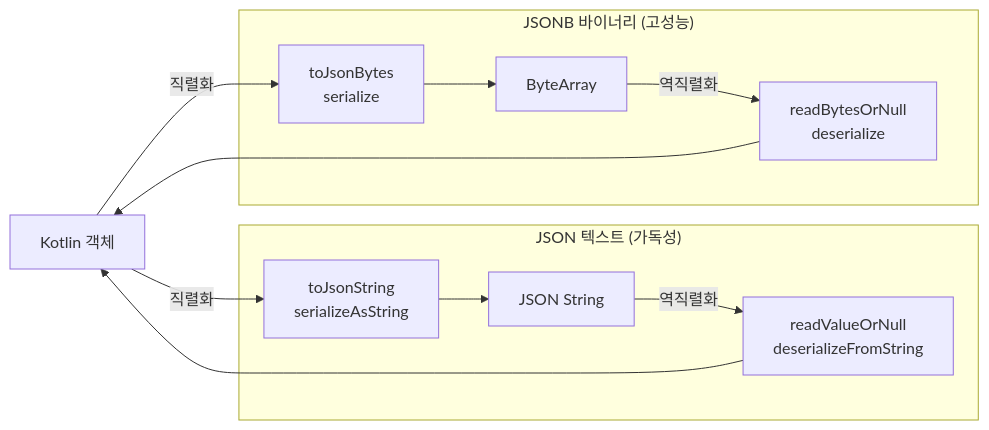
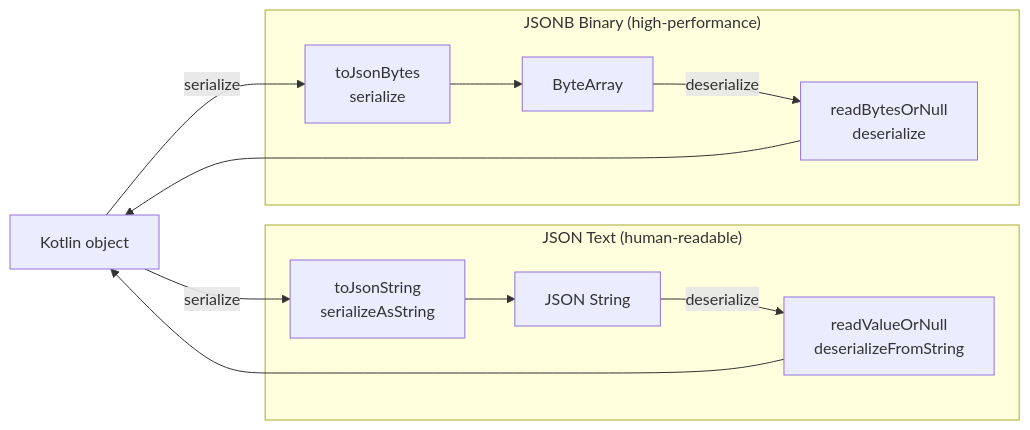
One commit to bluetape4k/bluetape4k-projects changed the second of 2 diagrams in io/fastjson2/README.md. Above: the diagram before and after it, drawn with Mermaid. The commit also changed other lines of this file and 265 other files, not shown here.

````diff
--- a/io/fastjson2/README.md
+++ b/io/fastjson2/README.md
@@ -179,22 +180,22 @@
 ```mermaid
 flowchart LR
-    OBJ[Kotlin 객체]
+    OBJ[Kotlin object]
 
-    subgraph JSON["JSON 텍스트 (가독성)"]
+    subgraph JSON["JSON Text (human-readable)"]
         JS[toJsonString<br/>serializeAsString]
         JD[readValueOrNull<br/>deserializeFromString]
         JSTR[JSON String]
     end
 
-    subgraph JSONB["JSONB 바이너리 (고성능)"]
+    subgraph JSONB["JSONB Binary (high-performance)"]
         BS[toJsonBytes<br/>serialize]
         BD[readBytesOrNull<br/>deserialize]
         BARR[ByteArray]
     end
 
-    OBJ -->|직렬화| JS --> JSTR
-    JSTR -->|역직렬화| JD --> OBJ
+    OBJ -->|serialize| JS --> JSTR
+    JSTR -->|deserialize| JD --> OBJ
 
-    OBJ -->|직렬화| BS --> BARR
-    BARR -->|역직렬화| BD --> OBJ
+    OBJ -->|serialize| BS --> BARR
+    BARR -->|deserialize| BD --> OBJ
 ```
````
